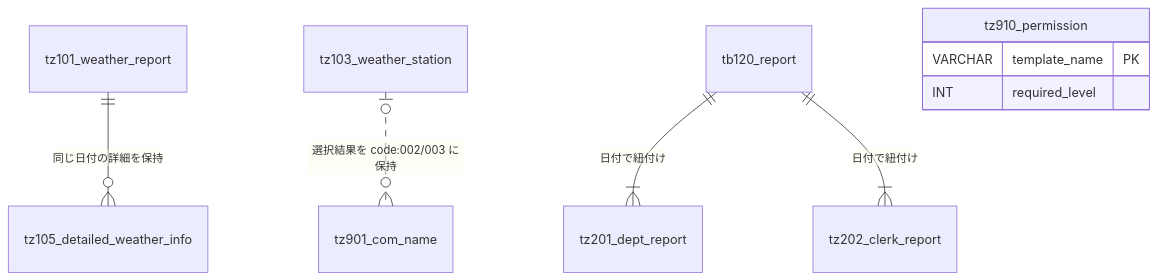
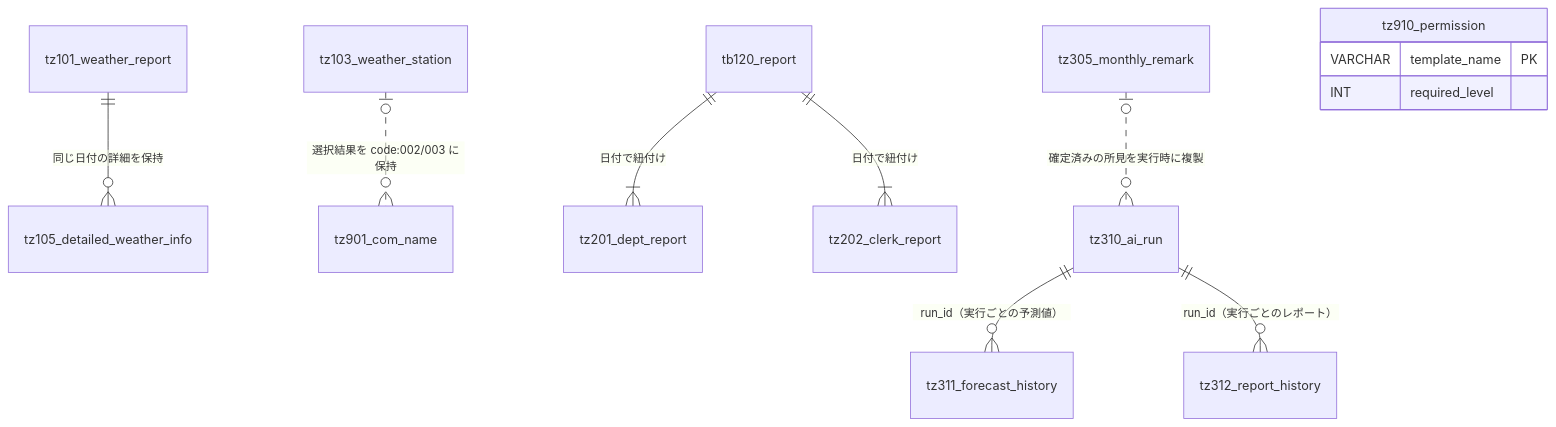
One commit to air-terminal/gfdash changed the diagram in docs/db_schema_tz.md. Above: the diagram before and after it, drawn with Mermaid. The commit also changed other lines of this file and 51 other files, not shown here.

````diff
--- a/docs/db_schema_tz.md
+++ b/docs/db_schema_tz.md
@@ -23,13 +29,17 @@
 ```mermaid
 erDiagram
     tz101_weather_report ||--o{ tz105_detailed_weather_info : "同じ日付の詳細を保持"
     tz103_weather_station |o..o{ tz901_com_name : "選択結果を code:002/003 に保持"
     
     tb120_report ||--|{ tz201_dept_report : "日付で紐付け"
     tb120_report ||--|{ tz202_clerk_report : "日付で紐付け"
 
+    tz310_ai_run ||--o{ tz311_forecast_history : "run_id（実行ごとの予測値）"
+    tz310_ai_run ||--o{ tz312_report_history : "run_id（実行ごとのレポート）"
+    tz305_monthly_remark |o..o{ tz310_ai_run : "確定済みの所見を実行時に複製"
+
     tz910_permission {
         VARCHAR template_name PK
         INT required_level
     }
 ```
````
